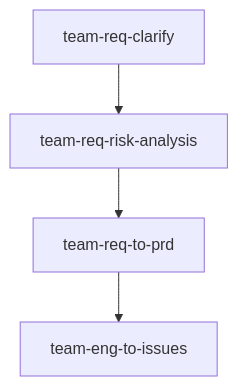
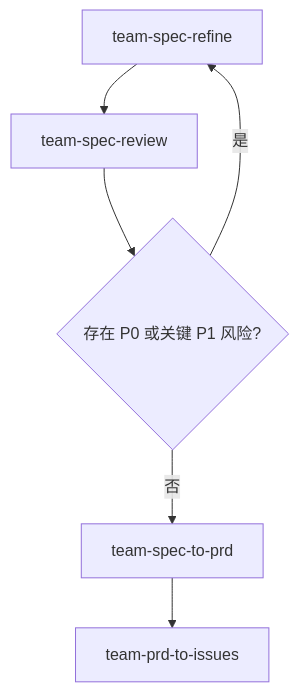
The diagram in README.md (coolbeevip/team-ai-skills), drawn with Mermaid before and after one commit. The commit also changed other lines of this file and 8 other files, not shown here.

````diff
--- a/README.md
+++ b/README.md
@@ -17,6 +17,8 @@
 ```mermaid
 flowchart TD
-    A[team-req-clarify] --> B[team-req-risk-analysis]
-    B --> C[team-req-to-prd]
-    C --> D[team-eng-to-issues]
+    A[team-spec-refine] --> B[team-spec-review]
+    B --> C{存在 P0 或关键 P1 风险?}
+    C -- 是 --> A
+    C -- 否 --> D[team-spec-to-prd]
+    D --> E[team-prd-to-issues]
 ```
````
